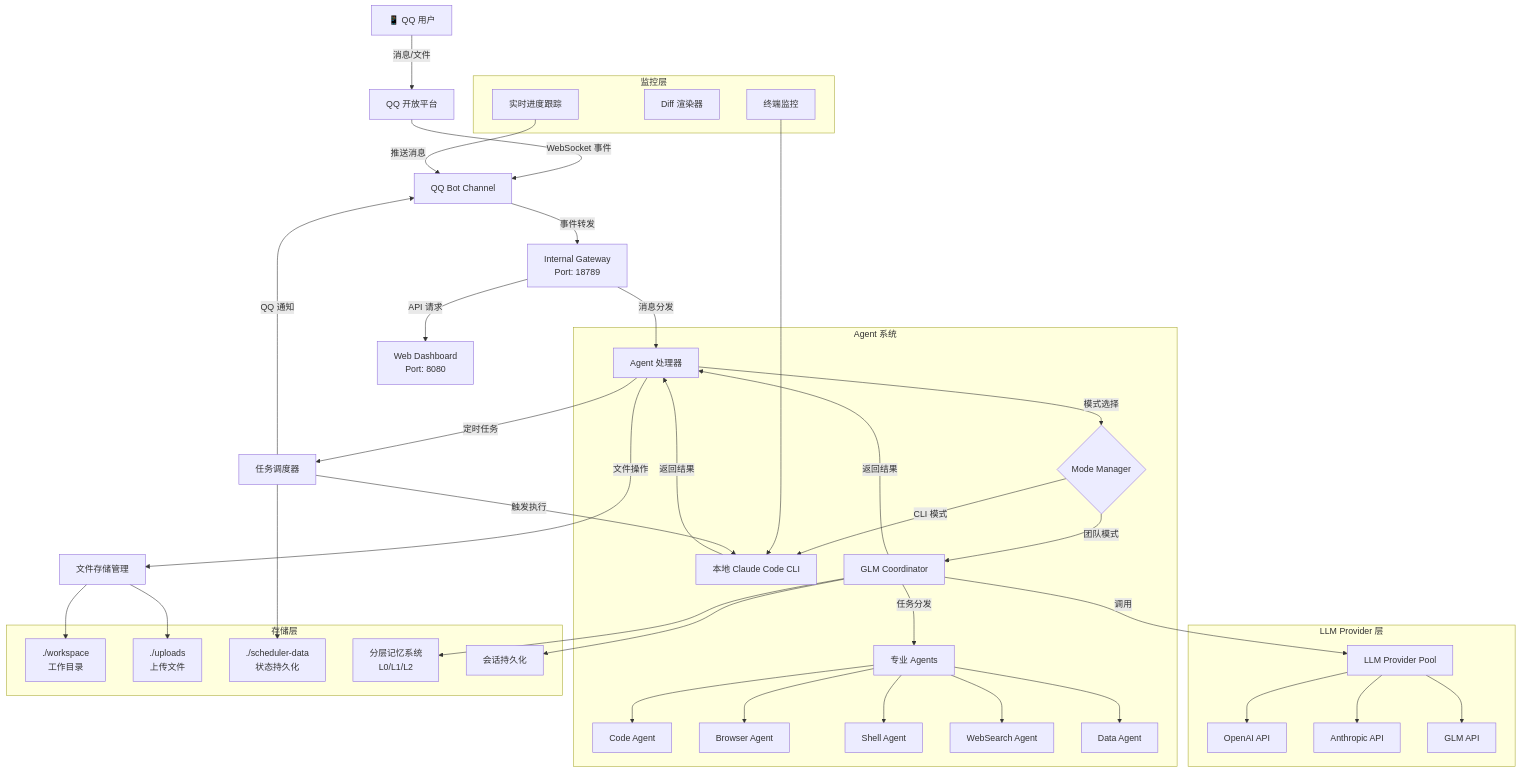
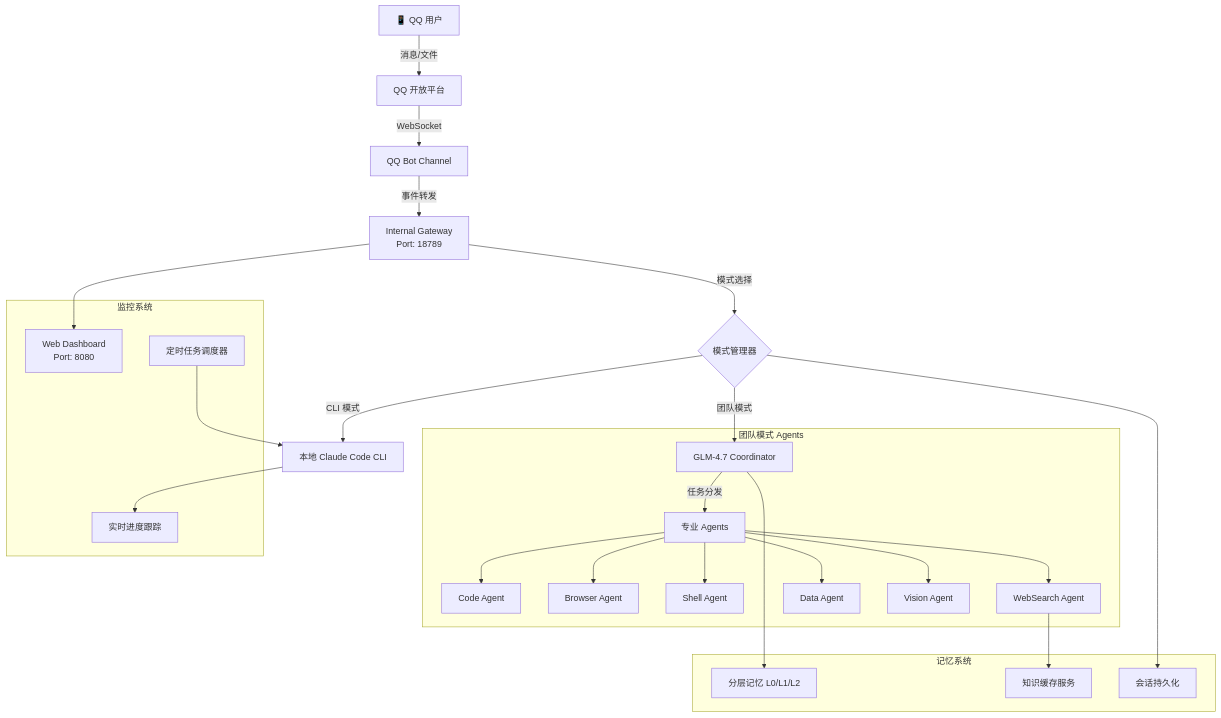
One commit to VAAN0524/QQ-Claude-Proxy changed the diagram in README.md. Above: the diagram before and after it, drawn with Mermaid. The commit also changed other lines of this file, not shown here.

````diff
--- a/README.md
+++ b/README.md
@@ -354,60 +195,40 @@
 ```mermaid
 flowchart TD
     User[📱 QQ 用户] -->|消息/文件| QQ[QQ 开放平台]
-    QQ -->|WebSocket 事件| Channel[QQ Bot Channel]
+    QQ -->|WebSocket| Channel[QQ Bot Channel]
     Channel -->|事件转发| Gateway[Internal Gateway<br/>Port: 18789]
 
-    Gateway -->|消息分发| Agent[Agent 处理器]
-    Gateway -->|API 请求| Dashboard[Web Dashboard<br/>Port: 8080]
+    Gateway -->|模式选择| Mode{模式管理器}
+    Mode -->|CLI 模式| CLI[本地 Claude Code CLI]
+    Mode -->|团队模式| GLM[GLM-4.7 Coordinator]
 
-    subgraph Agent 系统
-        Agent -->|模式选择| ModeManager{Mode Manager}
-        ModeManager -->|CLI 模式| CLI[本地 Claude Code CLI]
-        ModeManager -->|团队模式| Coordinator[GLM Coordinator]
-
-        Coordinator -->|任务分发| SubAgents[专业 Agents]
-        SubAgents --> CodeAgent[Code Agent]
-        SubAgents --> BrowserAgent[Browser Agent]
-        SubAgents --> ShellAgent[Shell Agent]
-        SubAgents --> WebSearchAgent[WebSearch Agent]
-        SubAgents --> DataAgent[Data Agent]
+    subgraph 团队模式 Agents
+        GLM -->|任务分发| Agents[专业 Agents]
+        Agents --> Code[Code Agent]
+        Agents --> Browser[Browser Agent]
+        Agents --> Shell[Shell Agent]
+        Agents --> Search[WebSearch Agent]
+        Agents --> Data[Data Agent]
+        Agents --> Vision[Vision Agent]
     end
 
-    subgraph LLM Provider 层
-        Coordinator -->|调用| LLM[LLM Provider Pool]
-        LLM --> OpenAI[OpenAI API]
-        LLM --> Anthropic[Anthropic API]
-        LLM --> GLM[GLM API]
+    subgraph 记忆系统
+        Memory[分层记忆 L0/L1/L2]
+        Cache[知识缓存服务]
+        Session[会话持久化]
     end
 
-    CLI -->|返回结果| Agent
-    Coordinator -->|返回结果| Agent
+    GLM --> Memory
+    Search --> Cache
+    Mode --> Session
 
-    subgraph 监控层
-        TerminalMonitor[终端监控]
-        DiffRenderer[Diff 渲染器]
-        Progress[实时进度跟踪]
+    subgraph 监控系统
+        Dashboard[Web Dashboard<br/>Port: 8080]
+        Monitor[实时进度跟踪]
+        Scheduler[定时任务调度器]
     end
 
-    TerminalMonitor --> CLI
-    Progress -->|推送消息| Channel
-
-    Agent -->|文件操作| FileStore[文件存储管理]
-    Agent -->|定时任务| Scheduler[任务调度器]
-    Scheduler -->|触发执行| CLI
-    Scheduler -->|QQ 通知| Channel
-
-    subgraph 存储层
-        Workspace[./workspace<br/>工作目录]
-        Uploads[./uploads<br/>上传文件]
-        State[./scheduler-data<br/>状态持久化]
-        Memory[分层记忆系统<br/>L0/L1/L2]
-        Sessions[会话持久化]
-    end
-
-    FileStore --> Workspace
-    FileStore --> Uploads
-    Scheduler --> State
-    Coordinator --> Memory
-    Coordinator --> Sessions
+    Gateway --> Dashboard
+    CLI --> Monitor
+    Scheduler --> CLI
 ```
````
